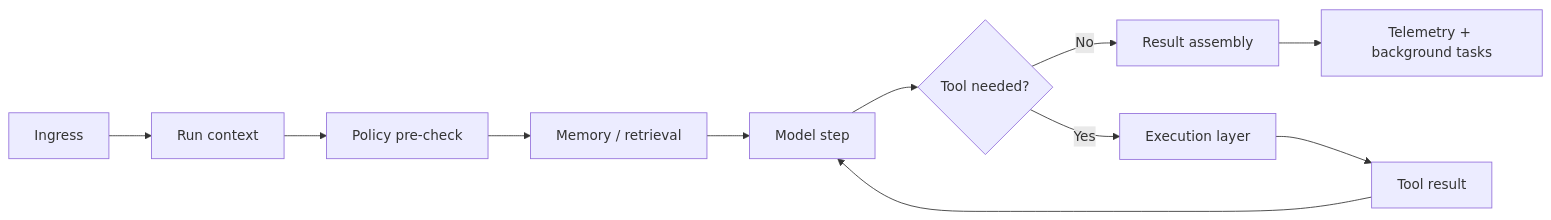
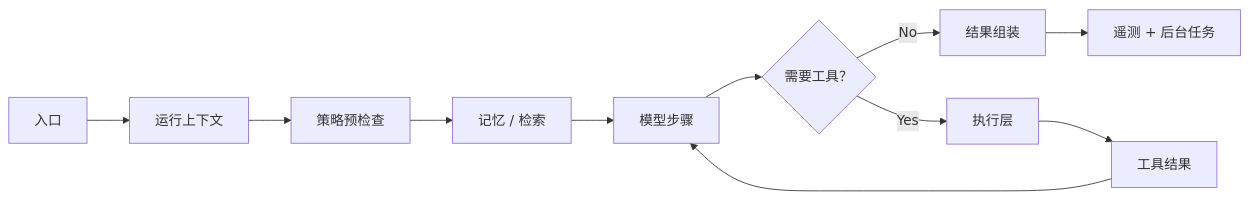
One commit to agent-axiom/agent-arch changed the diagram in docs/book/part-vii/chapter-16.zh.md. Above: the diagram before and after it, drawn with Mermaid. The commit also changed other lines of this file, not shown here.

````diff
--- a/docs/book/part-vii/chapter-16.zh.md
+++ b/docs/book/part-vii/chapter-16.zh.md
@@ -65,13 +65,13 @@
 ``` mermaid
 flowchart LR
-    A["Ingress"] --> B["Run context"]
-    B --> C["Policy pre-check"]
-    C --> D["Memory / retrieval"]
-    D --> E["Model step"]
-    E --> F{"Tool needed?"}
-    F -->|No| G["Result assembly"]
-    F -->|Yes| H["Execution layer"]
-    H --> I["Tool result"]
+    A["入口"] --> B["运行上下文"]
+    B --> C["策略预检查"]
+    C --> D["记忆 / 检索"]
+    D --> E["模型步骤"]
+    E --> F{"需要工具？"}
+    F -->|No| G["结果组装"]
+    F -->|Yes| H["执行层"]
+    H --> I["工具结果"]
     I --> E
-    G --> J["Telemetry + background tasks"]
+    G --> J["遥测 + 后台任务"]
 ```
````
